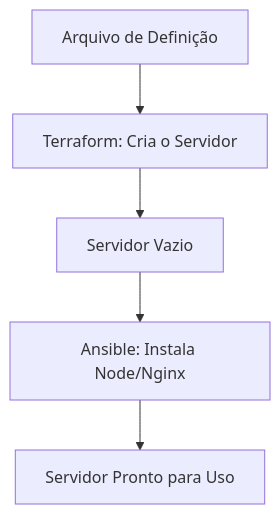
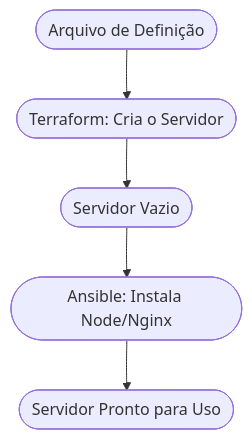
Before and after one commit to ricardotecpro/ads_extra_guia_de_ferramentas: the diagram in docs/aulas/aula-12.md, drawn with Mermaid. The commit also changed other lines of this file and 69 other files, not shown here.

````diff
--- a/docs/aulas/aula-12.md
+++ b/docs/aulas/aula-12.md
@@ -35,7 +40,7 @@
 ```mermaid
 graph TD
-    Code[Arquivo de Definição] --> TF[Terraform: Cria o Servidor]
-    TF --> Server[Servidor Vazio]
-    Server --> ANS[Ansible: Instala Node/Nginx]
-    ANS --> Prod[Servidor Pronto para Uso]
+    Code([Arquivo de Definição]) --> TF([Terraform: Cria o Servidor])
+    TF --> Server([Servidor Vazio])
+    Server --> ANS([Ansible: Instala Node/Nginx])
+    ANS --> Prod([Servidor Pronto para Uso])
 ```
````
